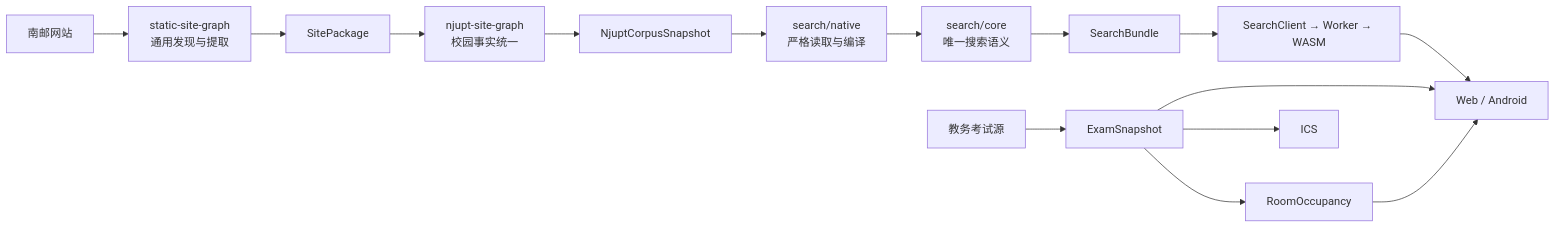
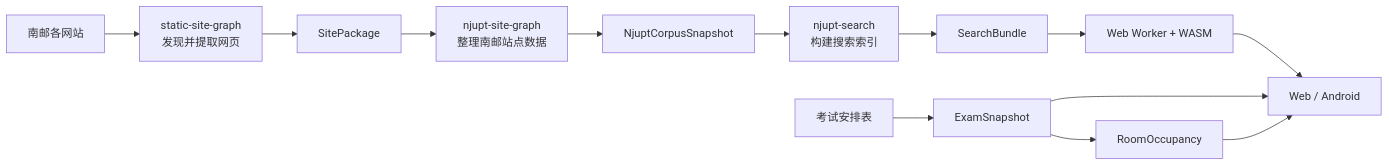
The diagram in README.md (hicancan/NJUPT-Exam-Sync), drawn with Mermaid before and after one commit. The commit also changed other lines of this file, not shown here.

````diff
--- a/README.md
+++ b/README.md
@@ -59,19 +73,16 @@
 ```mermaid
 flowchart LR
-    WEB["南邮网站"] --> SSG["static-site-graph<br/>通用发现与提取"]
+    WEB["南邮各网站"] --> SSG["static-site-graph<br/>发现并提取网页"]
     SSG --> SP["SitePackage"]
-    SP --> NSG["njupt-site-graph<br/>校园事实统一"]
+    SP --> NSG["njupt-site-graph<br/>整理南邮站点数据"]
     NSG --> CS["NjuptCorpusSnapshot"]
+    CS --> BUILD["njupt-search<br/>构建搜索索引"]
+    BUILD --> SB["SearchBundle"]
+    SB --> BROWSER["Web Worker + WASM"]
+    BROWSER --> UI["Web / Android"]
 
-    CS --> NATIVE["search/native<br/>严格读取与编译"]
-    NATIVE --> CORE["search/core<br/>唯一搜索语义"]
-    CORE --> SB["SearchBundle"]
-    SB --> WORKER["SearchClient → Worker → WASM"]
-    WORKER --> UI["Web / Android"]
-
-    EXCEL["教务考试源"] --> EXAM["ExamSnapshot"]
+    EXCEL["考试安排表"] --> EXAM["ExamSnapshot"]
     EXAM --> ROOM["RoomOccupancy"]
-    EXAM --> ICS["ICS"]
     EXAM --> UI
     ROOM --> UI
 ```
````
